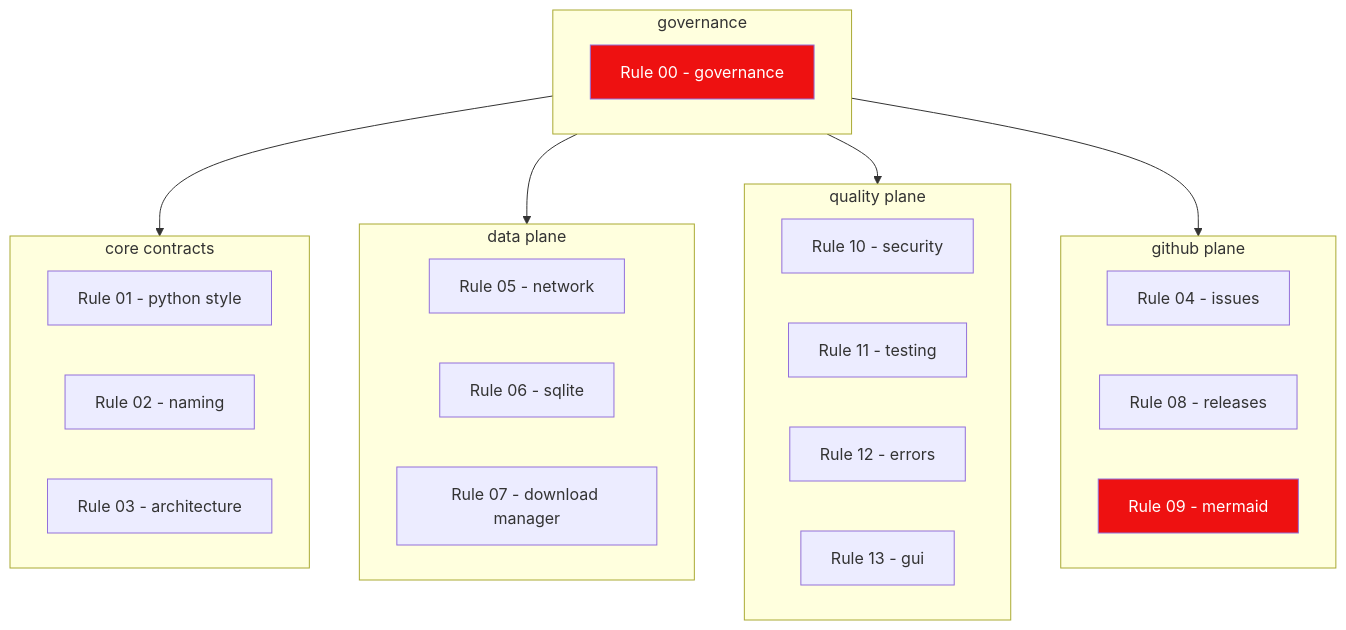
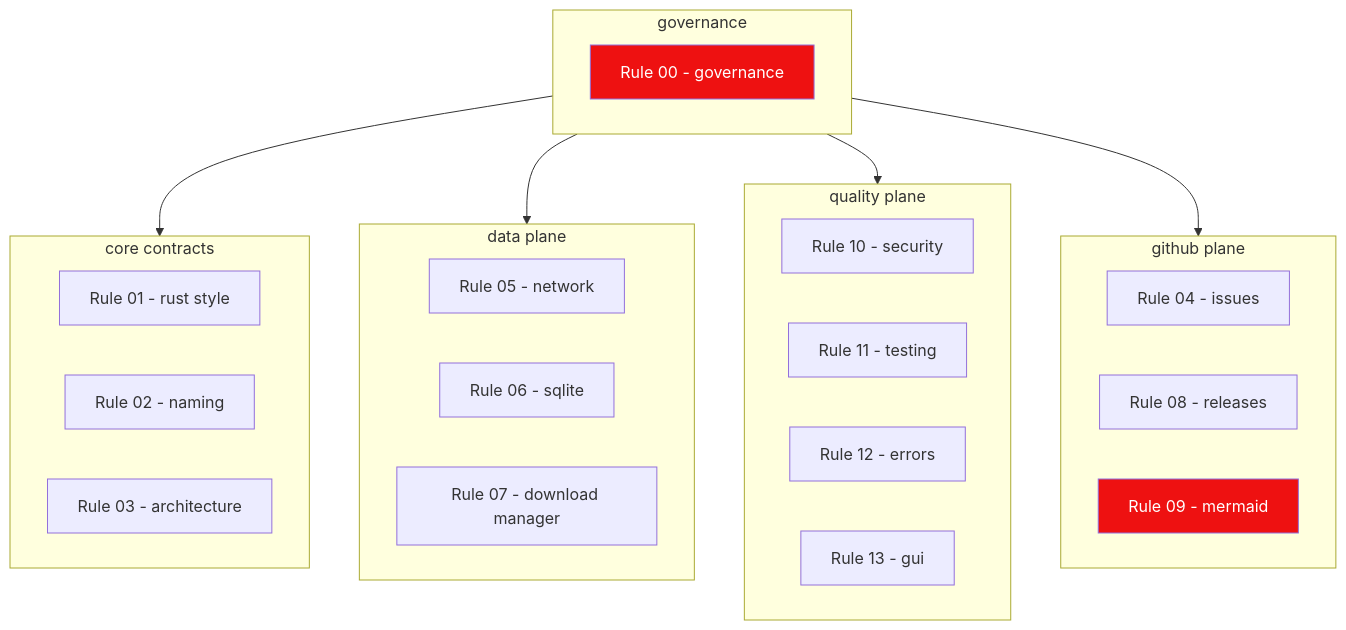
The diagram in .agents/rules/index.md (HELIX-Origin/LewdZone-Launcher), drawn with Mermaid before and after one commit. The commit also changed other lines of this file and 217 other files, not shown here.

````diff
--- a/.agents/rules/index.md
+++ b/.agents/rules/index.md
@@ -25,33 +25,33 @@
 ```mermaid
 flowchart TD
     subgraph G["governance"]
         R00["Rule 00 - governance"]
     end
     subgraph C["core contracts"]
-        R01["Rule 01 - python style"]
+        R01["Rule 01 - rust style"]
         R02["Rule 02 - naming"]
         R03["Rule 03 - architecture"]
     end
     subgraph D["data plane"]
         R05["Rule 05 - network"]
         R06["Rule 06 - sqlite"]
         R07["Rule 07 - download manager"]
     end
     subgraph Q["quality plane"]
         R10["Rule 10 - security"]
         R11["Rule 11 - testing"]
         R12["Rule 12 - errors"]
         R13["Rule 13 - gui"]
     end
     subgraph X["github plane"]
         R04["Rule 04 - issues"]
         R08["Rule 08 - releases"]
         R09["Rule 09 - mermaid"]
     end
     G --> C
     G --> D
     G --> Q
     G --> X
     style R00 fill:#e11,color:#fff
     style R09 fill:#e11,color:#fff
 ```
````
